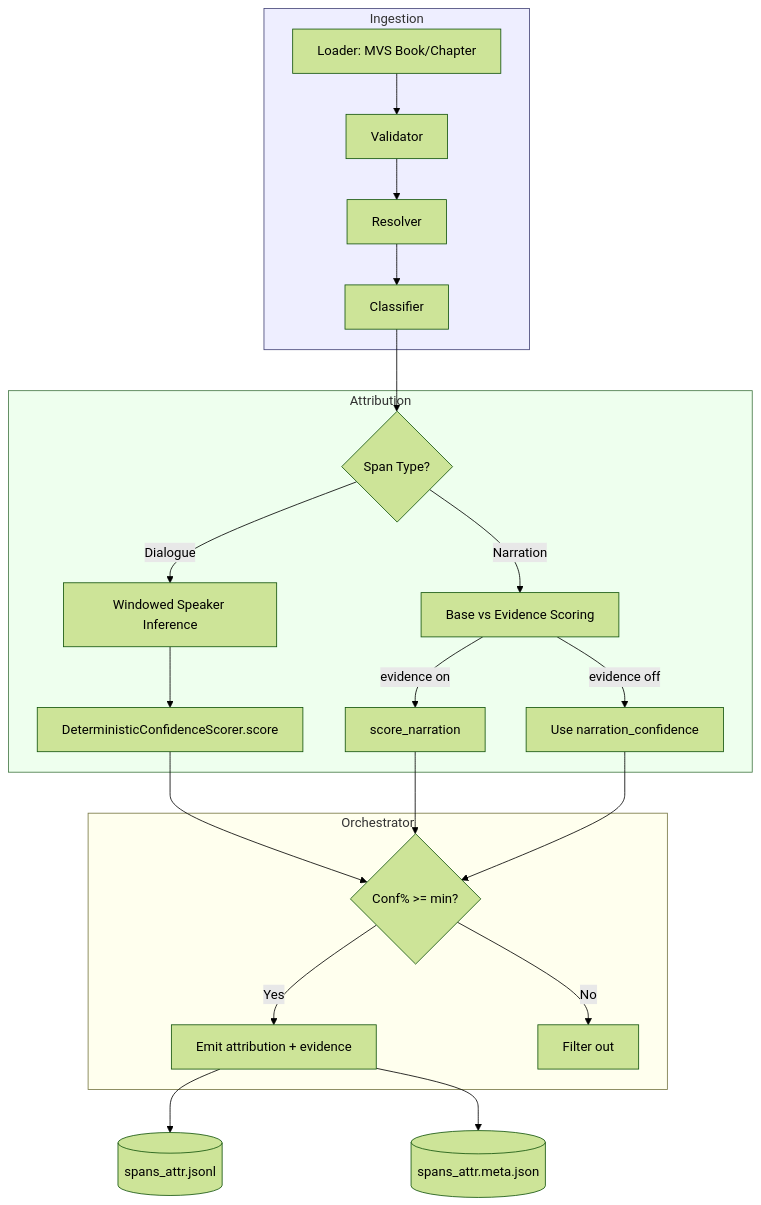
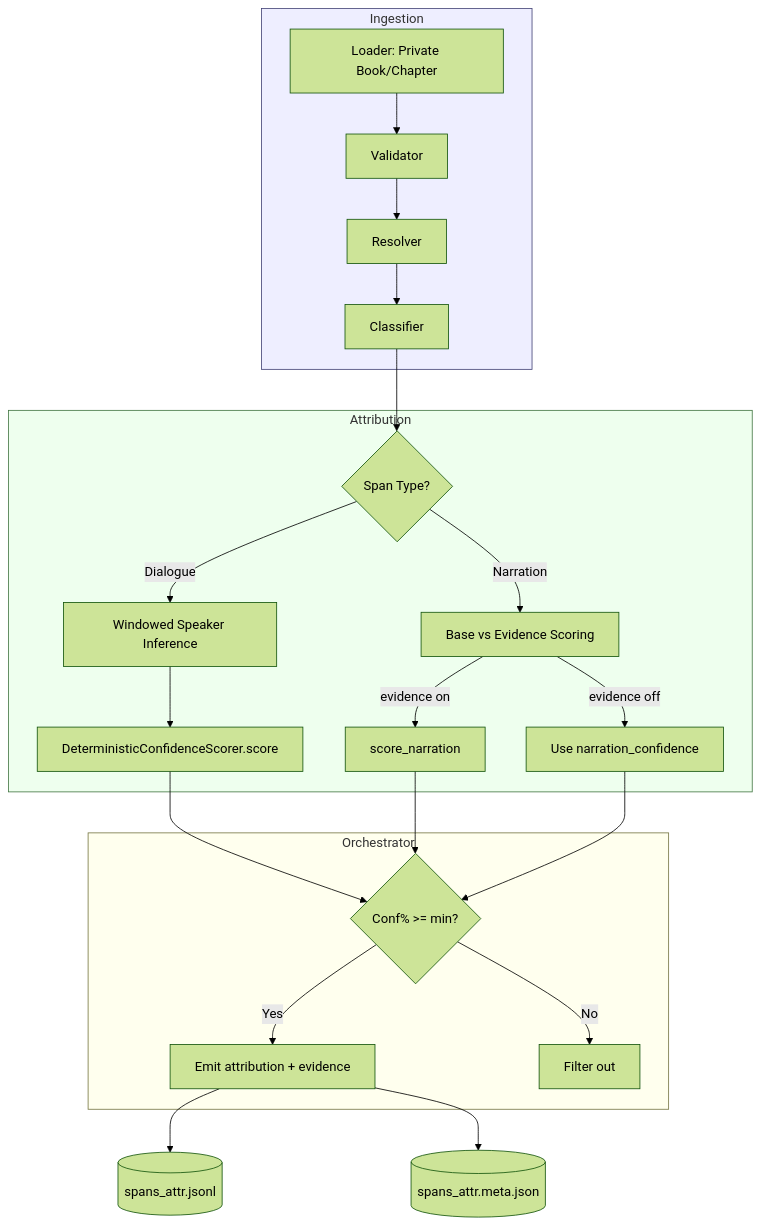
One commit to jwardwell7077/agent-audiobook-maker changed the diagram in docs/diagrams/abm_spans_first_attribution.mmd. Above: the diagram before and after it, drawn with Mermaid (forest theme). The commit also changed 12 other files, not shown here.

````diff
--- a/docs/diagrams/abm_spans_first_attribution.mmd
+++ b/docs/diagrams/abm_spans_first_attribution.mmd
@@ -1,34 +1,34 @@
 ```mermaid
 %% ABM Spans-first Attribution with Deterministic Scoring
 flowchart TD
   subgraph Ingestion
-    A[Loader: MVS Book/Chapter] --> B[Validator]
+    A[Loader: Private Book/Chapter] --> B[Validator]
     B --> C[Resolver]
     C --> D[Classifier]
   end
 
   subgraph Attribution
     D --> E{Span Type?}
     E -->|Dialogue| F[Windowed Speaker Inference]
     F --> G[DeterministicConfidenceScorer.score]
     E -->|Narration| H[Base vs Evidence Scoring]
     H -->|evidence on| I[score_narration]
     H -->|evidence off| J[Use narration_confidence]
   end
 
   subgraph Orchestrator
     G --> K{Conf% >= min?}
     I --> K
     J --> K
     K -->|Yes| L[Emit attribution + evidence]
     K -->|No| M[Filter out]
   end
 
   L --> N[(spans_attr.jsonl)]
   L --> O[(spans_attr.meta.json)]
 
   %% Styling
   style Ingestion fill:#eef,stroke:#447
   style Attribution fill:#efe,stroke:#474
   style Orchestrator fill:#ffe,stroke:#774
 ```
````
